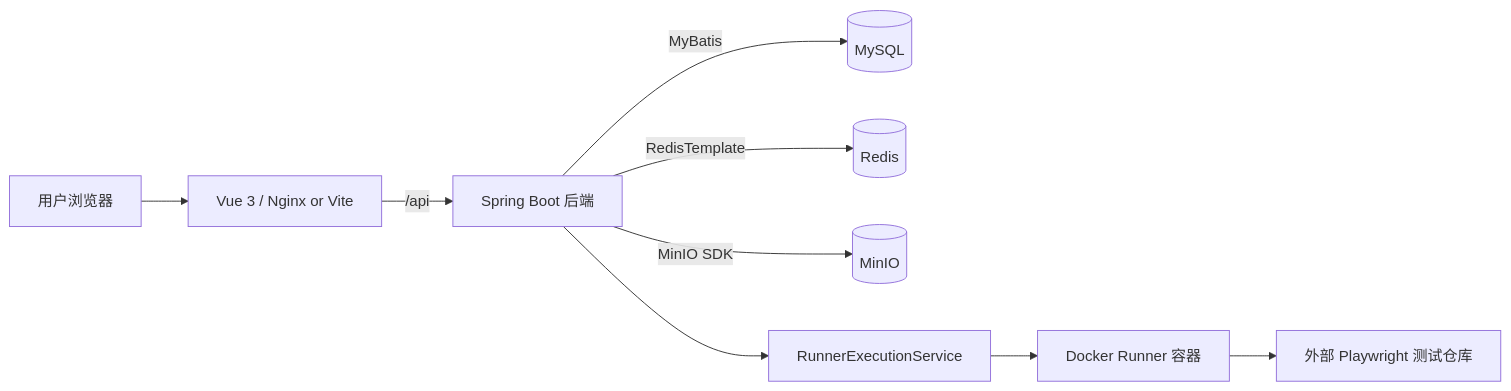
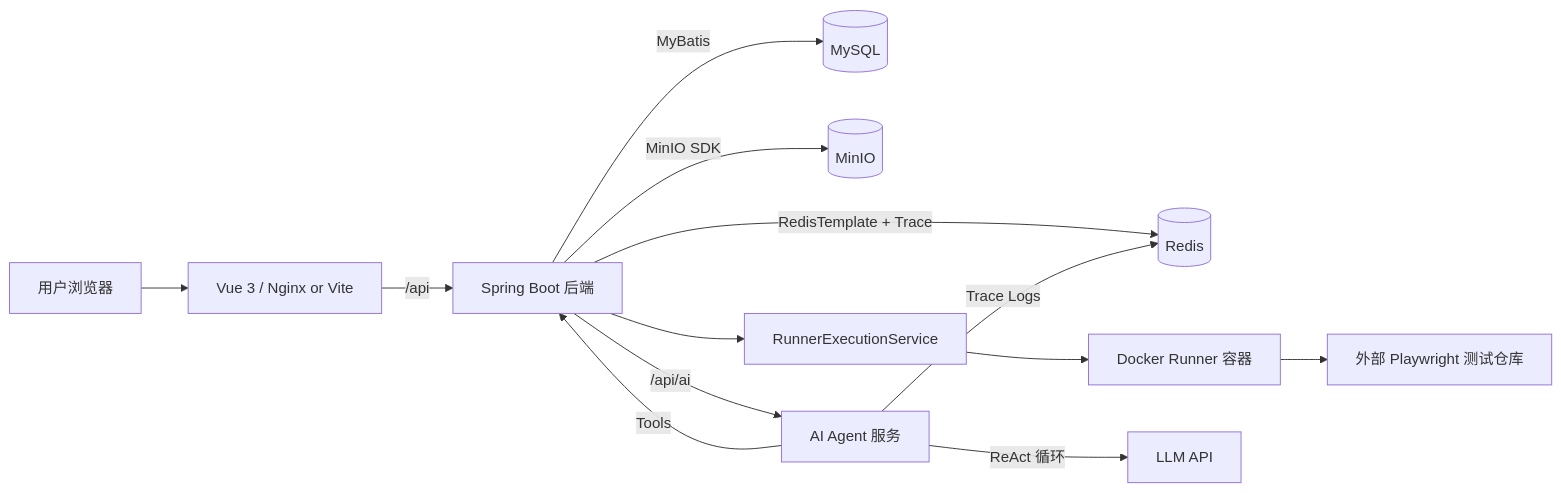
One commit to MenXiaoHuan/testplatform changed the diagram in README.md. Above: the diagram before and after it, drawn with Mermaid. The commit also changed other lines of this file, not shown here.

````diff
--- a/README.md
+++ b/README.md
@@ -35,11 +37,15 @@
 ```mermaid
 flowchart LR
     User[用户浏览器] --> Web[Vue 3 / Nginx or Vite]
     Web -->|/api| Server[Spring Boot 后端]
     Server -->|MyBatis| MySQL[(MySQL)]
-    Server -->|RedisTemplate| Redis[(Redis)]
+    Server -->|RedisTemplate + Trace| Redis[(Redis)]
     Server -->|MinIO SDK| MinIO[(MinIO)]
     Server --> Runner[RunnerExecutionService]
     Runner --> DockerRunner[Docker Runner 容器]
     DockerRunner --> Repo[外部 Playwright 测试仓库]
+    Server -->|/api/ai| Agent[AI Agent 服务]
+    Agent -->|ReAct 循环| LLM[LLM API]
+    Agent -->|Tools| Server
+    Agent -->|Trace Logs| Redis
 ```
````
